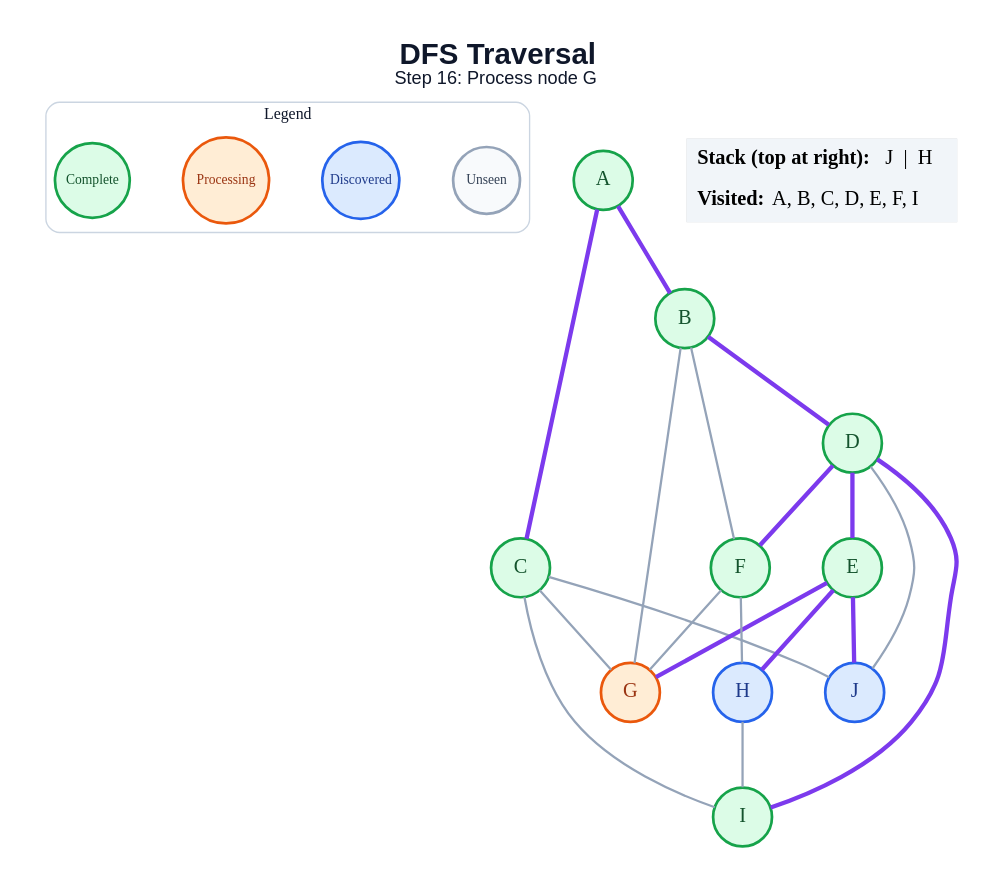
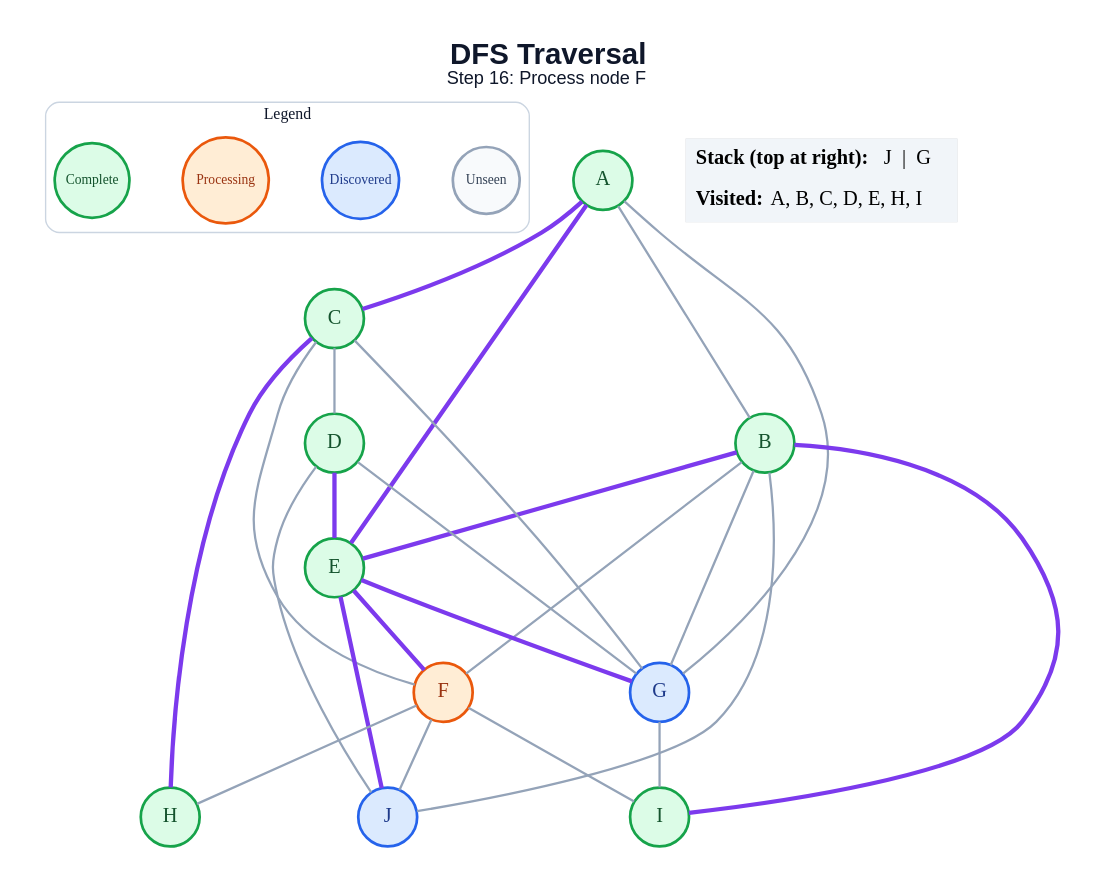
One commit to amanghodawala9/ai-slop changed the diagram in generated/specific-node/dfs/step_16.dot. Above: the diagram before and after it, drawn with Graphviz. The commit also changed 178 other files, not shown here.

```diff
--- a/generated/specific-node/dfs/step_16.dot
+++ b/generated/specific-node/dfs/step_16.dot
@@ -1,47 +1,52 @@
 graph traversal {
   graph [layout=dot, rankdir=TB, bgcolor="#FFFFFF", pad="0.35", nodesep="0.65", ranksep="0.8", fontname="Arial"];
   node [shape=circle, style="filled", fontname="Arial Bold", fontsize=18, width=0.72, fixedsize=true, penwidth=2.4];
   edge [color="#94A3B8", penwidth=2.0];
-  label=<<B>DFS Traversal</B><BR/><FONT POINT-SIZE="16">Step 16: Process node G</FONT>>; labelloc="t"; fontsize=26; fontname="Arial"; fontcolor="#0F172A";
+  label=<<B>DFS Traversal</B><BR/><FONT POINT-SIZE="16">Step 16: Process node F</FONT>>; labelloc="t"; fontsize=26; fontname="Arial"; fontcolor="#0F172A";
   subgraph cluster_legend { label="Legend"; color="#CBD5E1"; penwidth=1.2; style="rounded"; fontsize=14; fontname="Arial Bold";
     key_unseen [label="Unseen", fillcolor="#F8FAFC", color="#94A3B8", fontcolor="#334155", fontsize=12, width=0.82];
     key_frontier [label="Discovered", fillcolor="#DBEAFE", color="#2563EB", fontcolor="#1E3A8A", fontsize=12, width=0.95];
     key_current [label="Processing", fillcolor="#FFEDD5", color="#EA580C", fontcolor="#9A3412", fontsize=12, width=1.05];
     key_done [label="Complete", fillcolor="#DCFCE7", color="#16A34A", fontcolor="#14532D", fontsize=12, width=0.92];
     { rank=same; key_unseen; key_frontier; key_current; key_done; }
   }
   A [fillcolor="#DCFCE7", color="#16A34A", fontcolor="#14532D"];
   B [fillcolor="#DCFCE7", color="#16A34A", fontcolor="#14532D"];
   C [fillcolor="#DCFCE7", color="#16A34A", fontcolor="#14532D"];
   D [fillcolor="#DCFCE7", color="#16A34A", fontcolor="#14532D"];
   E [fillcolor="#DCFCE7", color="#16A34A", fontcolor="#14532D"];
-  F [fillcolor="#DCFCE7", color="#16A34A", fontcolor="#14532D"];
-  G [fillcolor="#FFEDD5", color="#EA580C", fontcolor="#9A3412"];
-  H [fillcolor="#DBEAFE", color="#2563EB", fontcolor="#1E3A8A"];
+  F [fillcolor="#FFEDD5", color="#EA580C", fontcolor="#9A3412"];
+  G [fillcolor="#DBEAFE", color="#2563EB", fontcolor="#1E3A8A"];
+  H [fillcolor="#DCFCE7", color="#16A34A", fontcolor="#14532D"];
   I [fillcolor="#DCFCE7", color="#16A34A", fontcolor="#14532D"];
   J [fillcolor="#DBEAFE", color="#2563EB", fontcolor="#1E3A8A"];
-  A -- B [color="#7C3AED", penwidth=3.8];
+  A -- B;
   A -- C [color="#7C3AED", penwidth=3.8];
-  B -- D [color="#7C3AED", penwidth=3.8];
+  A -- E [color="#7C3AED", penwidth=3.8];
+  A -- G;
+  B -- E [color="#7C3AED", penwidth=3.8];
   B -- F;
   B -- G;
+  B -- I [color="#7C3AED", penwidth=3.8];
+  B -- J;
+  C -- D;
+  C -- F;
   C -- G;
-  C -- I;
-  C -- J;
+  C -- H [color="#7C3AED", penwidth=3.8];
   D -- E [color="#7C3AED", penwidth=3.8];
-  D -- F [color="#7C3AED", penwidth=3.8];
-  D -- I [color="#7C3AED", penwidth=3.8];
+  D -- G;
   D -- J;
+  E -- F [color="#7C3AED", penwidth=3.8];
   E -- G [color="#7C3AED", penwidth=3.8];
-  E -- H [color="#7C3AED", penwidth=3.8];
   E -- J [color="#7C3AED", penwidth=3.8];
-  F -- G;
   F -- H;
-  H -- I;
+  F -- I;
+  F -- J;
+  G -- I;
   status [shape=plain, fixedsize=false, width=0, height=0, margin=0, label=<
     <TABLE BORDER="0" CELLBORDER="0" CELLPADDING="7" BGCOLOR="#F1F5F9">
-      <TR><TD ALIGN="LEFT"><B>Stack (top at right):</B> J  |  H</TD></TR>
-      <TR><TD ALIGN="LEFT"><B>Visited:</B> A, B, C, D, E, F, I</TD></TR>
+      <TR><TD ALIGN="LEFT"><B>Stack (top at right):</B> J  |  G</TD></TR>
+      <TR><TD ALIGN="LEFT"><B>Visited:</B> A, B, C, D, E, H, I</TD></TR>
     </TABLE>
   >];
 }
```
